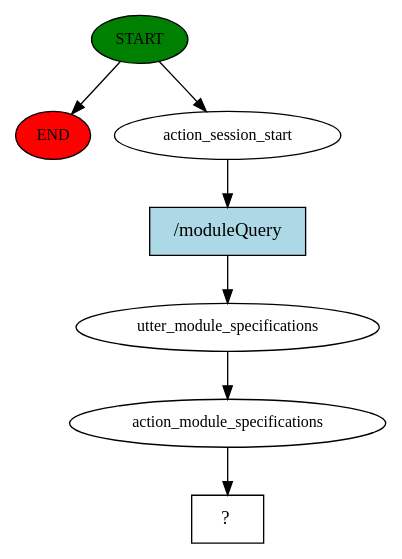
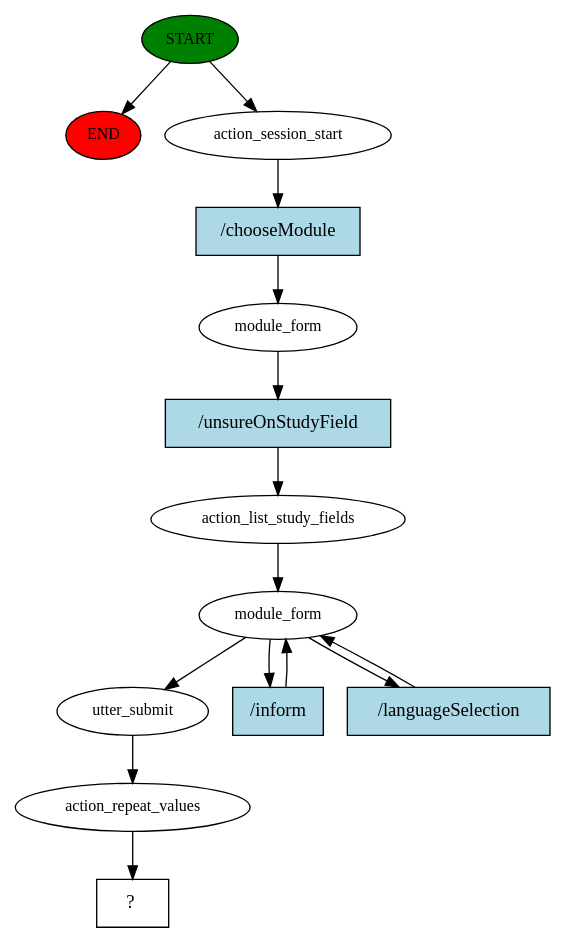
The diagram in story_graph.dot (lewisstevenmackenzie/Dissertation1), drawn with Graphviz before and after one commit. The commit also changed 309 other files, not shown here.

```diff
--- a/story_graph.dot
+++ b/story_graph.dot
@@ -1,15 +1,29 @@
 digraph  {
 0 [class="start active", fillcolor=green, fontsize=12, label=START, style=filled];
 "-1" [class=end, fillcolor=red, fontsize=12, label=END, style=filled];
 1 [class=active, fontsize=12, label=action_session_start];
-2 [class=active, fontsize=12, label=utter_module_specifications];
-3 [class=active, fontsize=12, label=action_module_specifications];
-4 [class="intent dashed active", label="  ?  ", shape=rect];
-5 [class="intent active", fillcolor=lightblue, label="/moduleQuery", shape=rect, style=filled];
+2 [class=active, fontsize=12, label=module_form];
+3 [class=active, fontsize=12, label=action_list_study_fields];
+4 [class=active, fontsize=12, label=module_form];
+8 [class=active, fontsize=12, label=utter_submit];
+9 [class=active, fontsize=12, label=action_repeat_values];
+10 [class="intent dashed active", label="  ?  ", shape=rect];
+11 [class="intent active", fillcolor=lightblue, label="/chooseModule", shape=rect, style=filled];
+12 [class="intent active", fillcolor=lightblue, label="/unsureOnStudyField", shape=rect, style=filled];
+13 [class="intent active", fillcolor=lightblue, label="/inform", shape=rect, style=filled];
+14 [class="intent active", fillcolor=lightblue, label="/languageSelection", shape=rect, style=filled];
 0 -> "-1"  [class="", key=NONE, label=""];
 0 -> 1  [class=active, key=NONE, label=""];
-1 -> 5  [class=active, key=0];
-2 -> 3  [class=active, key=NONE, label=""];
+1 -> 11  [class=active, key=0];
+2 -> 12  [class=active, key=0];
 3 -> 4  [class=active, key=NONE, label=""];
-5 -> 2  [class=active, key=0];
+4 -> 8  [class=active, key=NONE, label=""];
+4 -> 13  [class=active, key=0];
+4 -> 14  [class=active, key=0];
+8 -> 9  [class=active, key=NONE, label=""];
+9 -> 10  [class=active, key=NONE, label=""];
+11 -> 2  [class=active, key=0];
+12 -> 3  [class=active, key=0];
+13 -> 4  [class=active, key=0];
+14 -> 4  [class=active, key=0];
 }
```
